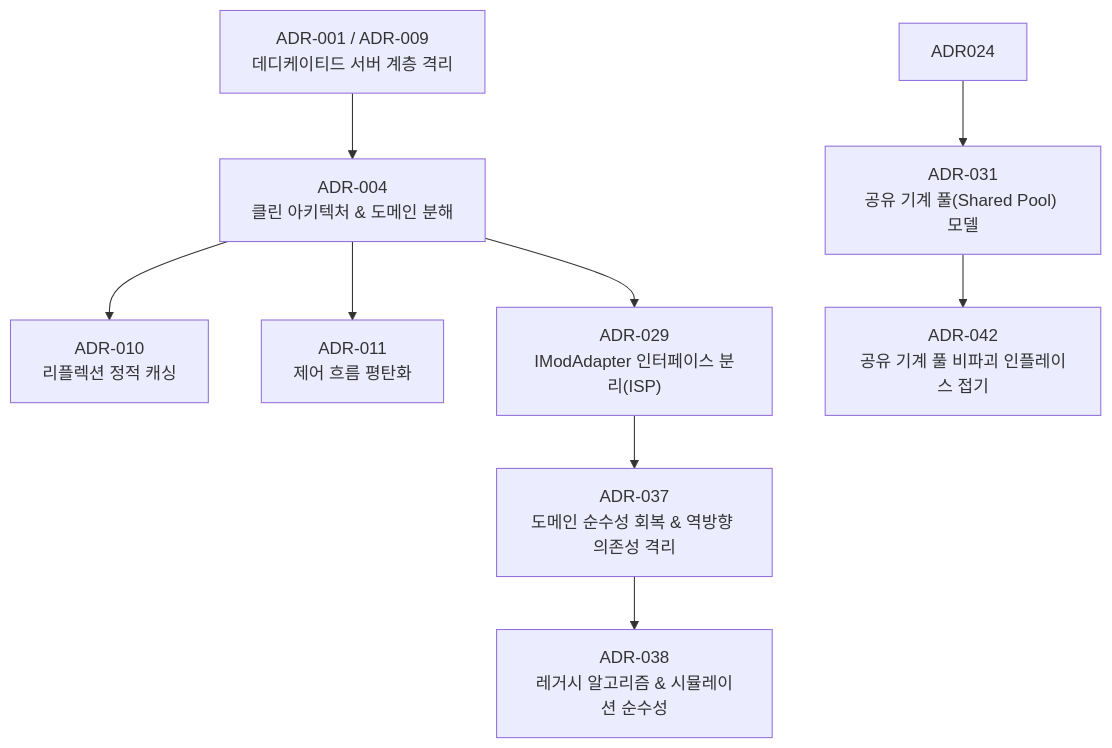
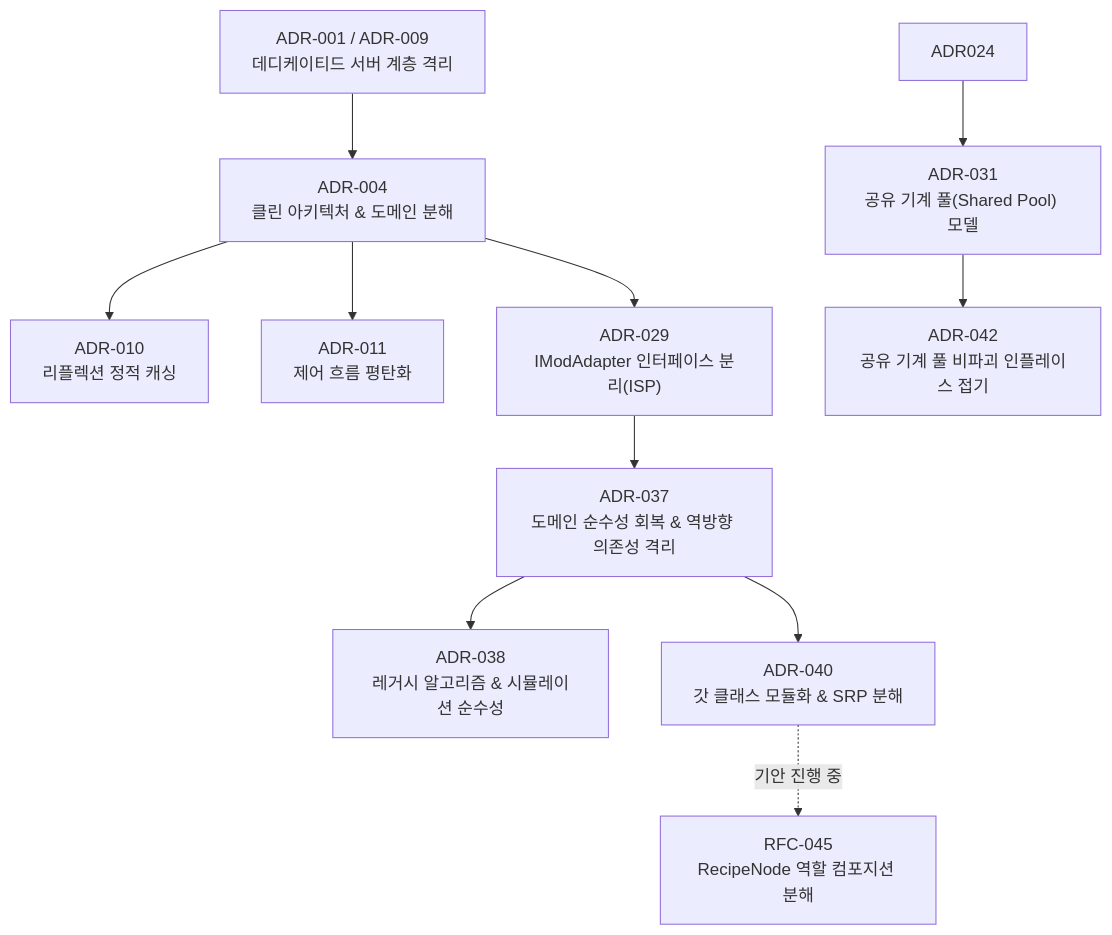
One commit to Amvermain/GregTechCalculatorBoard changed the fourth of 4 diagrams in docs/adr/README.md. Above: the diagram before and after it, drawn with Mermaid. The commit also changed other lines of this file and 81 other files, not shown here.

````diff
--- a/docs/adr/README.md
+++ b/docs/adr/README.md
@@ -69,11 +69,13 @@
 ```mermaid
 flowchart TD
     ADR001["ADR-001 / ADR-009<br/>데디케이티드 서버 계층 격리"] --> ADR004["ADR-004<br/>클린 아키텍처 & 도메인 분해"]
     ADR004 --> ADR010["ADR-010<br/>리플렉션 정적 캐싱"]
     ADR004 --> ADR011["ADR-011<br/>제어 흐름 평탄화"]
     ADR004 --> ADR029["ADR-029<br/>IModAdapter 인터페이스 분리(ISP)"]
     ADR029 --> ADR037["ADR-037<br/>도메인 순수성 회복 & 역방향 의존성 격리"]
     ADR037 --> ADR038["ADR-038<br/>레거시 알고리즘 & 시뮬레이션 순수성"]
+    ADR037 --> ADR040["ADR-040<br/>갓 클래스 모듈화 & SRP 분해"]
+    ADR040 -.->|기안 진행 중| RFC045["RFC-045<br/>RecipeNode 역할 컴포지션 분해"]
     ADR024 --> ADR031["ADR-031<br/>공유 기계 풀(Shared Pool) 모델"]
     ADR031 --> ADR042["ADR-042<br/>공유 기계 풀 비파괴 인플레이스 접기"]
 ```
````
